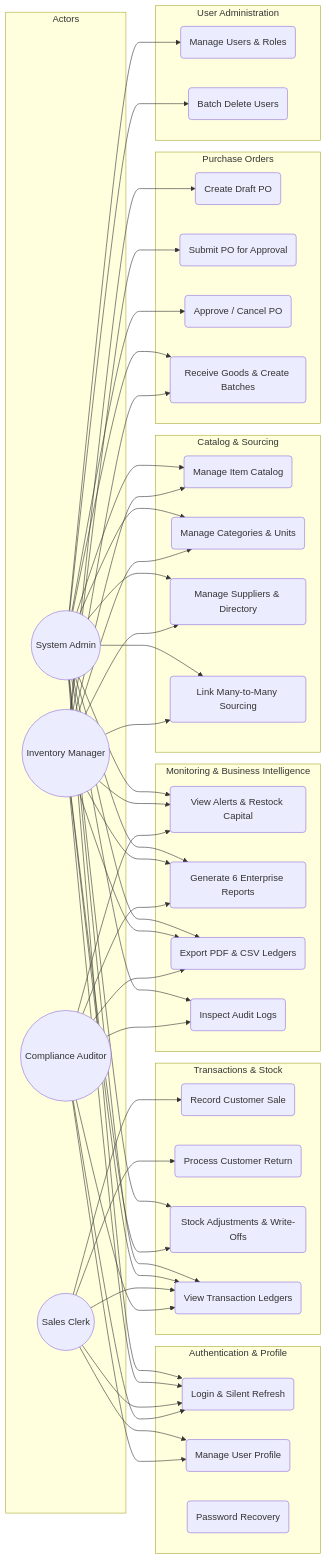
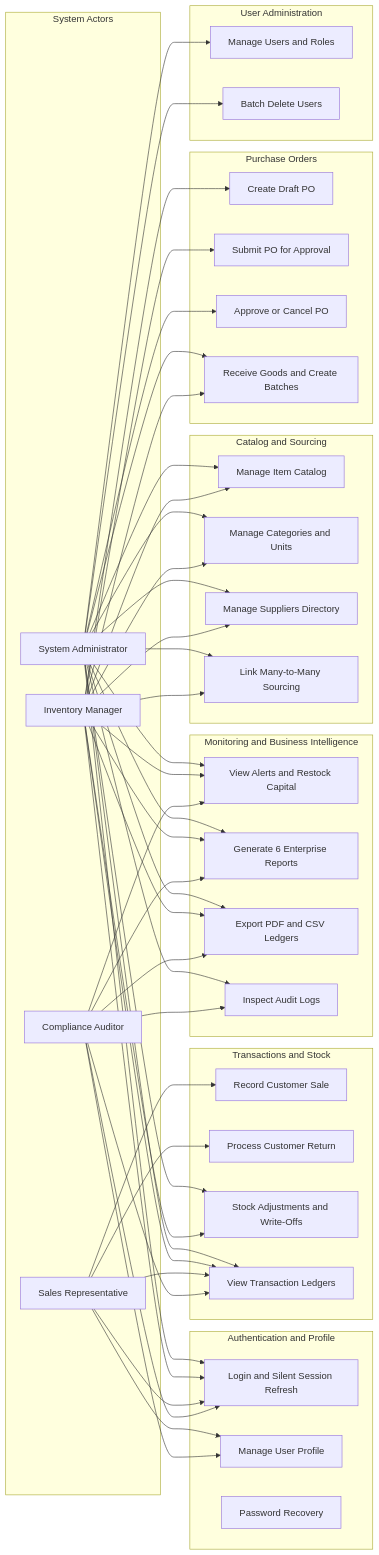
One commit to musfirofficial/StockSphere changed the third of 10 diagrams in documents/03-system-design.md. Above: the diagram before and after it, drawn with Mermaid. The commit also changed other lines of this file, not shown here.

````diff
--- a/documents/03-system-design.md
+++ b/documents/03-system-design.md
@@ -291,49 +291,49 @@
 ```mermaid
 graph LR
-    subgraph Actors
-        Admin((System Admin))
-        Manager((Inventory Manager))
-        Sales((Sales Clerk))
-        Auditor((Compliance Auditor))
+    subgraph Actors ["System Actors"]
+        Admin["System Administrator"]
+        Manager["Inventory Manager"]
+        Sales["Sales Representative"]
+        Auditor["Compliance Auditor"]
     end
 
-    subgraph Authentication_Module [Authentication & Profile]
-        UC_Login(Login & Silent Refresh)
-        UC_Profile(Manage User Profile)
-        UC_PWRecover(Password Recovery)
+    subgraph Authentication_Module ["Authentication and Profile"]
+        UC_Login["Login and Silent Session Refresh"]
+        UC_Profile["Manage User Profile"]
+        UC_PWRecover["Password Recovery"]
     end
 
-    subgraph User_Module [User Administration]
-        UC_UserCRUD(Manage Users & Roles)
-        UC_UserBatch(Batch Delete Users)
+    subgraph User_Module ["User Administration"]
+        UC_UserCRUD["Manage Users and Roles"]
+        UC_UserBatch["Batch Delete Users"]
     end
 
-    subgraph Master_Data_Module [Catalog & Sourcing]
-        UC_ItemCRUD(Manage Item Catalog)
-        UC_CategoryCRUD(Manage Categories & Units)
-        UC_SupCRUD(Manage Suppliers & Directory)
-        UC_SupLink(Link Many-to-Many Sourcing)
+    subgraph Master_Data_Module ["Catalog and Sourcing"]
+        UC_ItemCRUD["Manage Item Catalog"]
+        UC_CategoryCRUD["Manage Categories and Units"]
+        UC_SupCRUD["Manage Suppliers Directory"]
+        UC_SupLink["Link Many-to-Many Sourcing"]
     end
 
-    subgraph Procurement_Module [Purchase Orders]
-        UC_POCreate(Create Draft PO)
-        UC_POSubmit(Submit PO for Approval)
-        UC_POApprove(Approve / Cancel PO)
-        UC_POReceive(Receive Goods & Create Batches)
+    subgraph Procurement_Module ["Purchase Orders"]
+        UC_POCreate["Create Draft PO"]
+        UC_POSubmit["Submit PO for Approval"]
+        UC_POApprove["Approve or Cancel PO"]
+        UC_POReceive["Receive Goods and Create Batches"]
     end
 
-    subgraph Inventory_Module [Transactions & Stock]
-        UC_TxSale(Record Customer Sale)
-        UC_TxReturn(Process Customer Return)
-        UC_TxAdjust(Stock Adjustments & Write-Offs)
-        UC_TxAudit(View Transaction Ledgers)
+    subgraph Inventory_Module ["Transactions and Stock"]
+        UC_TxSale["Record Customer Sale"]
+        UC_TxReturn["Process Customer Return"]
+        UC_TxAdjust["Stock Adjustments and Write-Offs"]
+        UC_TxAudit["View Transaction Ledgers"]
     end
 
-    subgraph Alerts_Reports_Module [Monitoring & Business Intelligence]
-        UC_Alerts(View Alerts & Restock Capital)
-        UC_Reports(Generate 6 Enterprise Reports)
-        UC_Export(Export PDF & CSV Ledgers)
-        UC_AuditLogs(Inspect Audit Logs)
+    subgraph Alerts_Reports_Module ["Monitoring and Business Intelligence"]
+        UC_Alerts["View Alerts and Restock Capital"]
+        UC_Reports["Generate 6 Enterprise Reports"]
+        UC_Export["Export PDF and CSV Ledgers"]
+        UC_AuditLogs["Inspect Audit Logs"]
     end
 
     Admin --> UC_Login
````
